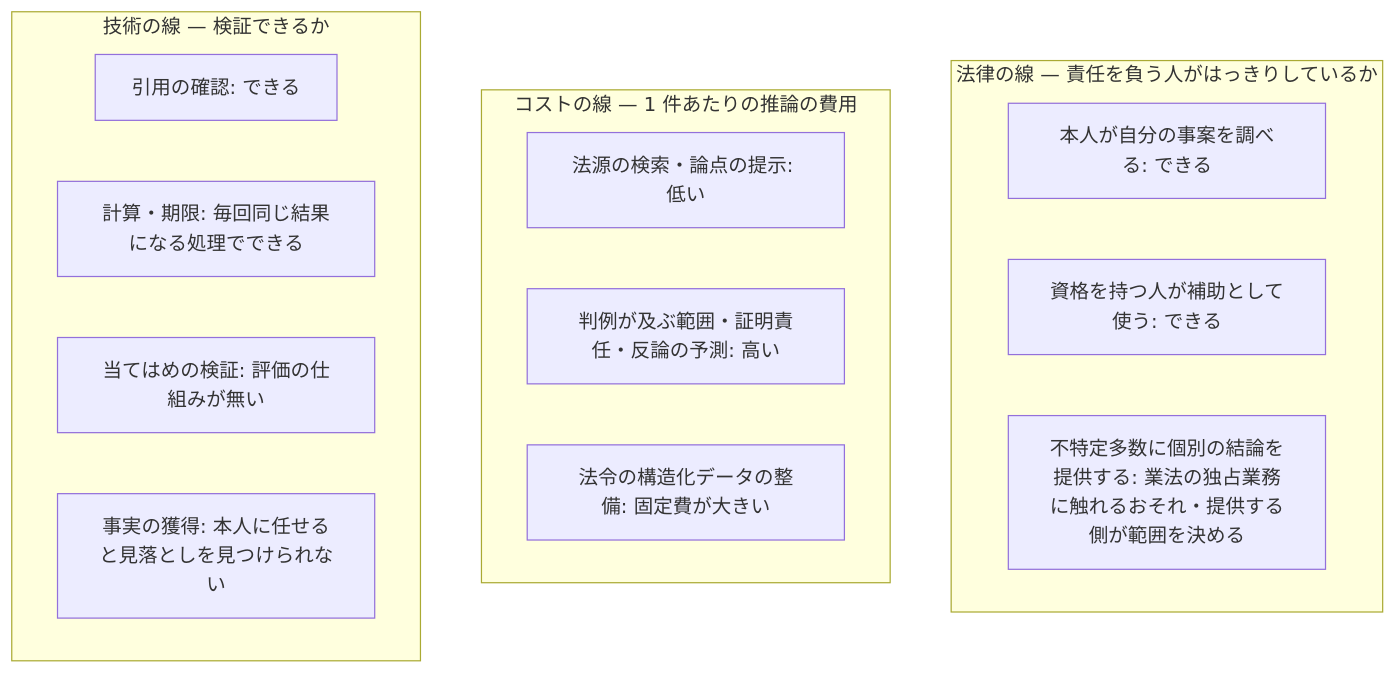
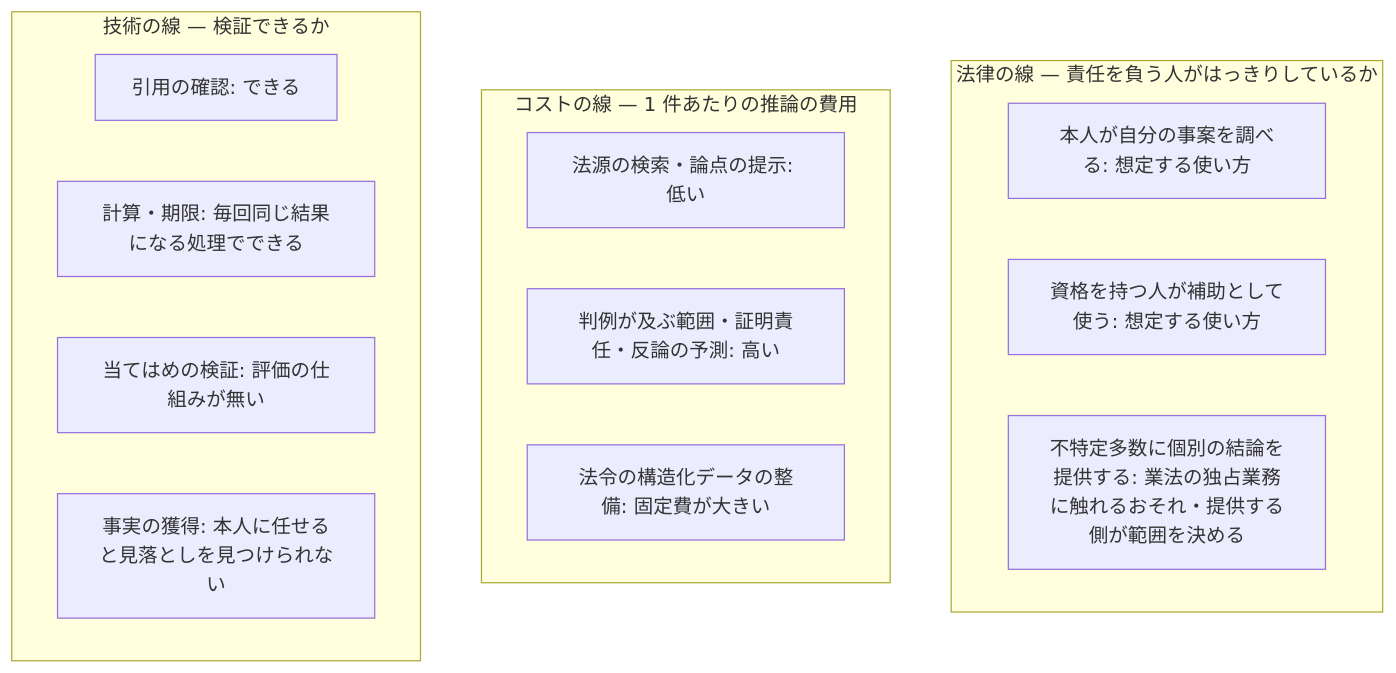
One commit to shuji-bonji/houki-hub changed the third of 3 diagrams in site/docs/guide/scope-by-audience.md. Above: the diagram before and after it, drawn with Mermaid. The commit also changed other lines of this file, not shown here.

Commit message:
docs(site): scope-by-audience の言い切る文と「全工程」を直す（Y9）
- 一般の人の表の法律の行: 法令上の評価を言い切る文を、独占業務の規定が対象にすることと、法規シリーズが想定する使い方の 2 文にする
- 3 つの線の図の A1・A2: 「できる」を「想定する使い方」にする
- 士業者の表の下の段落: 「全工程の補助と検証」を、返すもの（条文・通達の引用、論点、引用の実在の確認）と、資格を持つ人が負うこと（当てはめ・結論・責任）の文にする

Refs #27

Claude-Session: https://claude.ai/code/session_011adty5aEWtYgh4DEHgAk8a

````diff
--- a/site/docs/guide/scope-by-audience.md
+++ b/site/docs/guide/scope-by-audience.md
@@ -133,19 +133,19 @@
 ```mermaid
 flowchart TB
     subgraph 法律の線["法律の線 — 責任を負う人がはっきりしているか"]
-        A1[本人が自分の事案を調べる: できる]
-        A2[資格を持つ人が補助として使う: できる]
+        A1[本人が自分の事案を調べる: 想定する使い方]
+        A2[資格を持つ人が補助として使う: 想定する使い方]
         A3[不特定多数に個別の結論を提供する: 業法の独占業務に触れるおそれ・提供する側が範囲を決める]
     end
     subgraph コストの線["コストの線 — 1 件あたりの推論の費用"]
         B1[法源の検索・論点の提示: 低い]
         B2[判例が及ぶ範囲・証明責任・反論の予測: 高い]
         B3[法令の構造化データの整備: 固定費が大きい]
     end
     subgraph 技術の線["技術の線 — 検証できるか"]
         C1[引用の確認: できる]
         C2[計算・期限: 毎回同じ結果になる処理でできる]
         C3[当てはめの検証: 評価の仕組みが無い]
         C4[事実の獲得: 本人に任せると見落としを見つけられない]
     end
 ```
````
